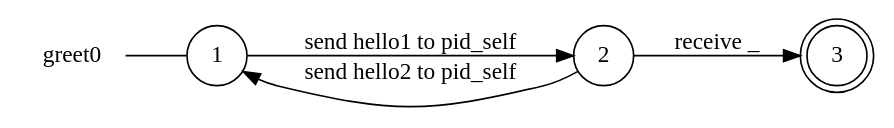
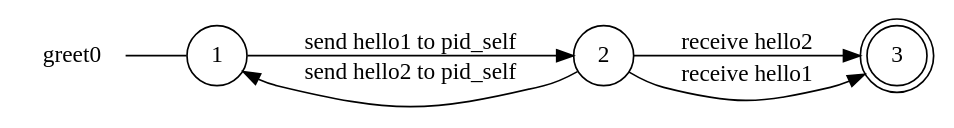
One commit to gabrielegenovese/chorer changed the diagram in examples/hello/greet0_local_view.dot. Above: the diagram before and after it, drawn with Graphviz. The commit also changed 63 other files, not shown here.

```diff
--- a/examples/hello/greet0_local_view.dot
+++ b/examples/hello/greet0_local_view.dot
@@ -1,12 +1,13 @@
 digraph greet0 {
 	rankdir="LR";
 	n_0 [label="greet0", shape="plaintext"];
 	n_1 [id="1", shape=circle, label="1"];
 	n_0 -> n_1 [arrowhead=none];
 	n_2 [id="2", shape=circle, label="2"];
 	n_3 [id="3", shape=doublecircle, label="3"];
 
-	n_2 -> n_3 [id="[$e|3]", label="receive _"];
-	n_2 -> n_1 [id="[$e|4]", label="send hello2 to pid_self"];
-	n_1 -> n_2 [id="[$e|1]", label="send hello1 to pid_self"];
+	n_2 -> n_1 [id="[$e|5]", label="send hello2 to pid_self"];
+	n_2 -> n_3 [id="[$e|0]", label="receive hello2"];
+	n_2 -> n_3 [id="[$e|6]", label="receive hello1"];
+	n_1 -> n_2 [id="[$e|3]", label="send hello1 to pid_self"];
 }
```
